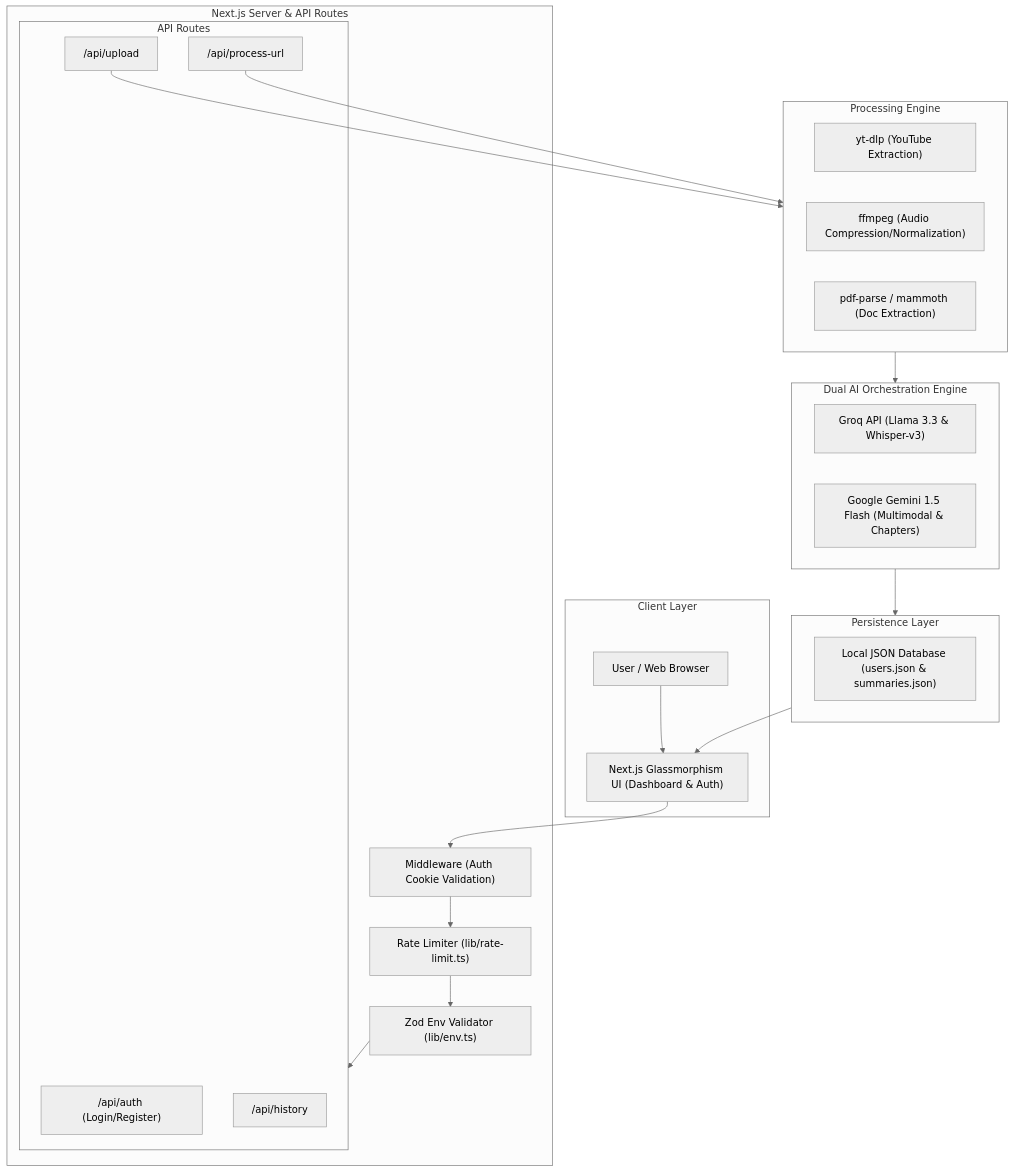
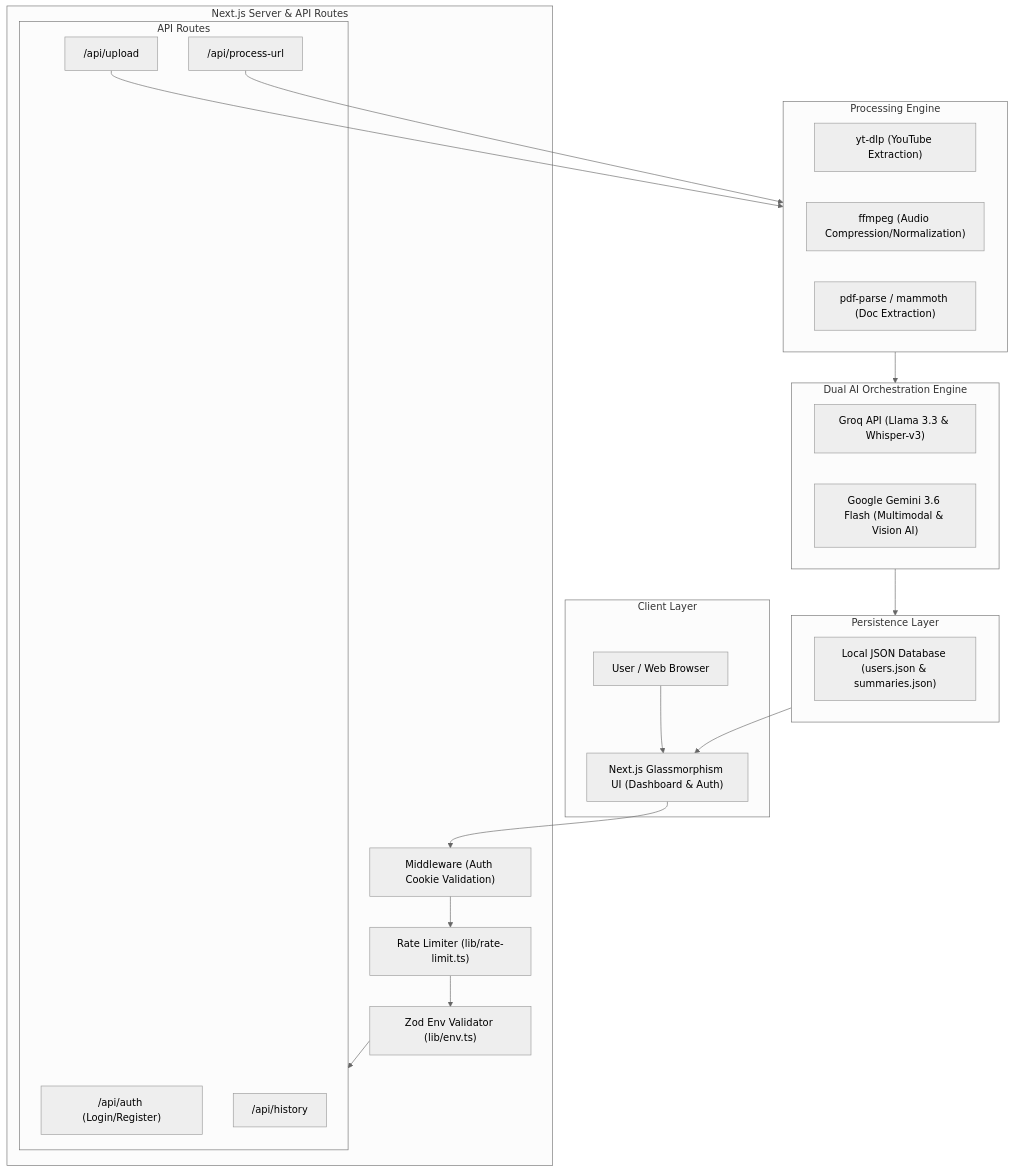
One commit to Ayushyadav2830/Omnibrief changed the diagram in README.md. Above: the diagram before and after it, drawn with Mermaid (neutral theme). The commit also changed other lines of this file and 3 other files, not shown here.

````diff
--- a/README.md
+++ b/README.md
@@ -112,46 +113,46 @@
 ```mermaid
 flowchart TD
     subgraph Client ["Client Layer"]
         User["User / Web Browser"]
         UI["Next.js Glassmorphism UI (Dashboard & Auth)"]
     end
 
     subgraph Server ["Next.js Server & API Routes"]
         MW["Middleware (Auth Cookie Validation)"]
         RL["Rate Limiter (lib/rate-limit.ts)"]
         ENV["Zod Env Validator (lib/env.ts)"]
         
         subgraph Endpoints ["API Routes"]
             AuthAPI["/api/auth (Login/Register)"]
             UploadAPI["/api/upload"]
             URLAPI["/api/process-url"]
             HistAPI["/api/history"]
         end
     end
 
     subgraph Pipeline ["Processing Engine"]
         YTDLP["yt-dlp (YouTube Extraction)"]
         FFMPEG["ffmpeg (Audio Compression/Normalization)"]
         PARSERS["pdf-parse / mammoth (Doc Extraction)"]
     end
 
     subgraph AI ["Dual AI Orchestration Engine"]
         GROQ["Groq API (Llama 3.3 & Whisper-v3)"]
-        GEMINI["Google Gemini 1.5 Flash (Multimodal & Chapters)"]
+        GEMINI["Google Gemini 3.6 Flash (Multimodal & Vision AI)"]
     end
 
     subgraph Storage ["Persistence Layer"]
         DB["Local JSON Database (users.json & summaries.json)"]
     end
 
     User --> UI
     UI --> MW
     MW --> RL
     RL --> ENV
     ENV --> Endpoints
     UploadAPI --> Pipeline
     URLAPI --> Pipeline
     Pipeline --> AI
     AI --> Storage
     Storage --> UI
 ```
````
